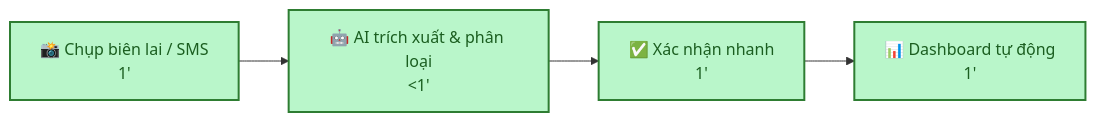
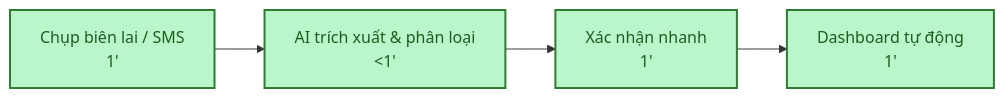
Before and after one commit to lequanneKMA/Day2-2A202600821-LeNguyenMinhQuan: the sixth of 6 diagrams in 01-individual-problem-scan/01-individual-problem-scan.md, drawn with Mermaid. The commit also changed other lines of this file, not shown here.

````diff
--- a/01-individual-problem-scan/01-individual-problem-scan.md
+++ b/01-individual-problem-scan/01-individual-problem-scan.md
@@ -403,12 +403,12 @@
 ```mermaid
 flowchart LR
-    F["📸 Chụp biên lai / SMS\n1'"]
-    --> G["🤖 AI trích xuất & phân loại\n<1'"]
-    --> H["✅ Xác nhận nhanh\n1'"]
-    --> I["📊 Dashboard tự động\n1'"]
+    F[" Chụp biên lai / SMS\n1'"]
+    --> G[" AI trích xuất & phân loại\n<1'"]
+    --> H[" Xác nhận nhanh\n1'"]
+    --> I[" Dashboard tự động\n1'"]
 
     style F fill:#b9f6ca,stroke:#2e7d32,stroke-width:2px,color:#1b5e20
     style G fill:#b9f6ca,stroke:#2e7d32,stroke-width:2px,color:#1b5e20
     style H fill:#b9f6ca,stroke:#2e7d32,stroke-width:2px,color:#1b5e20
     style I fill:#b9f6ca,stroke:#2e7d32,stroke-width:2px,color:#1b5e20
 ```
````
